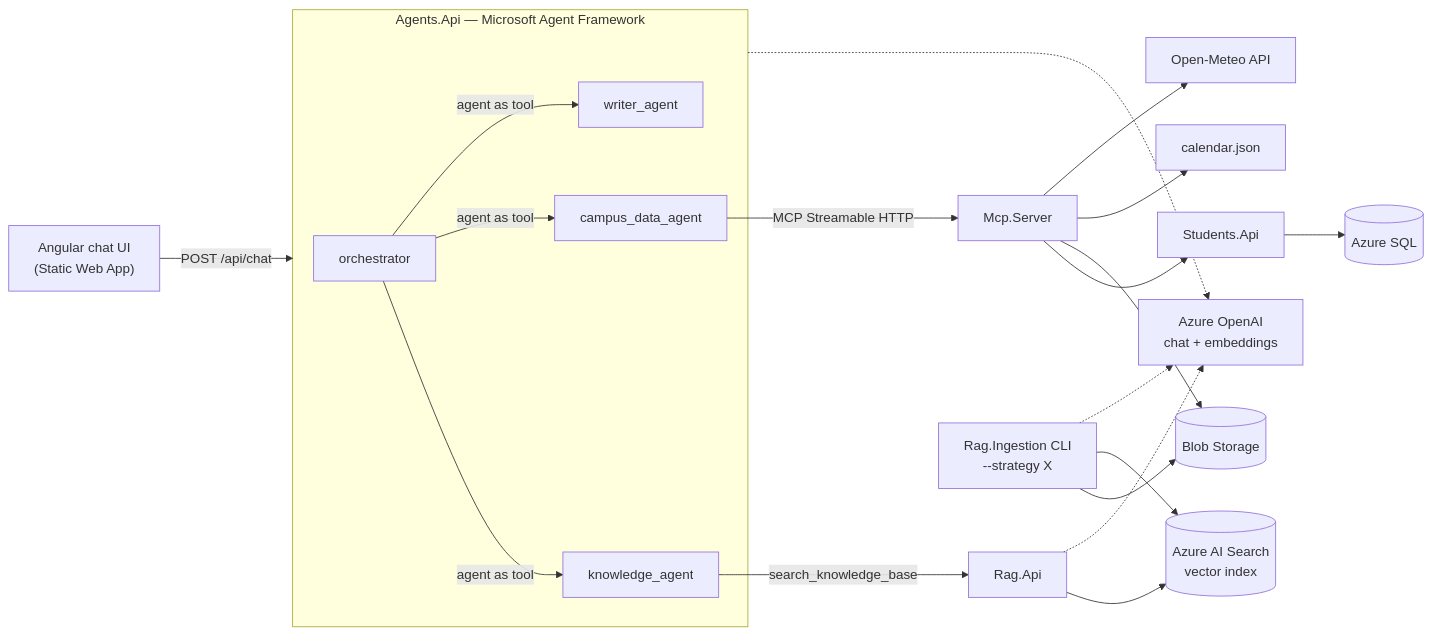
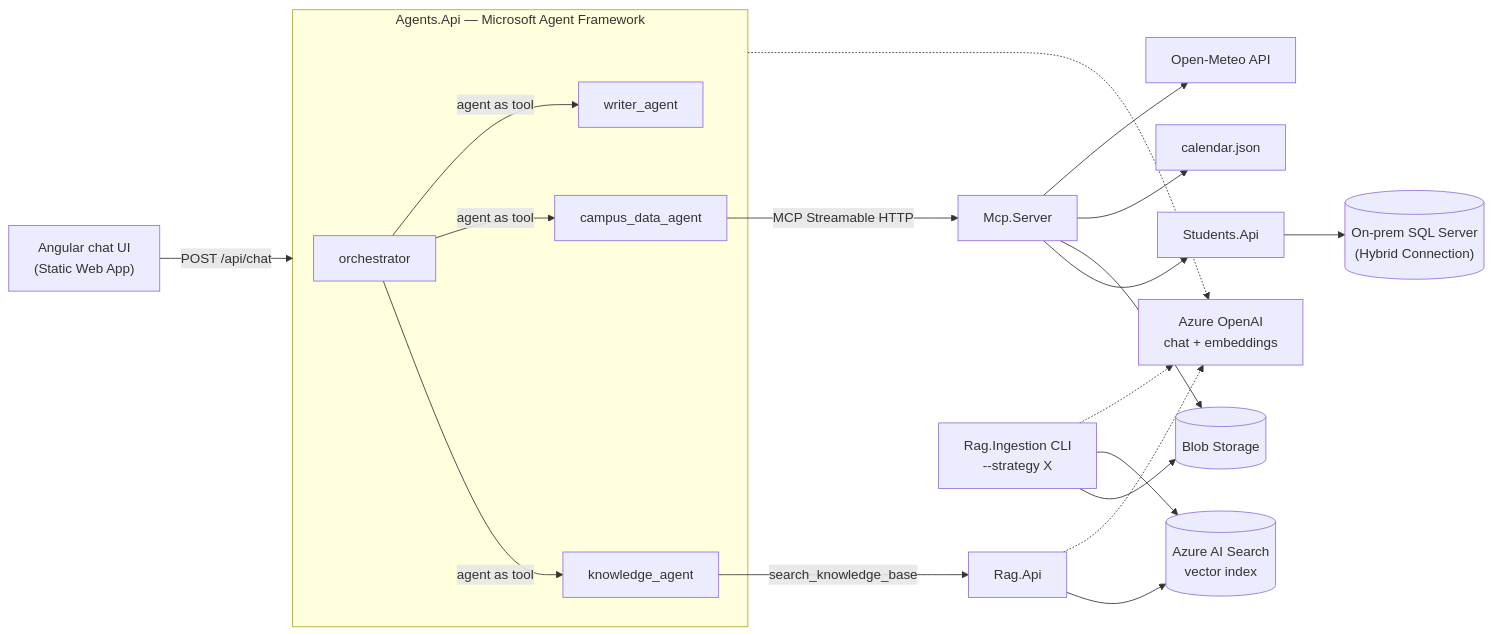
Before and after one commit to RishiTechLLC/RAG-1: the diagram in README.md, drawn with Mermaid. The commit also changed other lines of this file and 6 other files, not shown here.

First line of the commit message:
Deploy with on-prem SQL Server via App Service Hybrid Connection

````diff
--- a/README.md
+++ b/README.md
@@ -14,22 +14,22 @@
 ```mermaid
 flowchart LR
     UI["Angular chat UI<br/>(Static Web App)"] -->|POST /api/chat| AG
 
     subgraph AG["Agents.Api — Microsoft Agent Framework"]
         O[orchestrator] -->|agent as tool| K[knowledge_agent]
         O -->|agent as tool| C[campus_data_agent]
         O -->|agent as tool| W[writer_agent]
     end
 
     K -->|search_knowledge_base| RAG["Rag.Api"]
     RAG --> AIS[("Azure AI Search<br/>vector index")]
     C -->|MCP Streamable HTTP| MCP["Mcp.Server"]
-    MCP --> STU["Students.Api"] --> SQL[("Azure SQL")]
+    MCP --> STU["Students.Api"] --> SQL[("On-prem SQL Server<br/>(Hybrid Connection)")]
     MCP --> BLOB[("Blob Storage")]
     MCP --> CAL["calendar.json"]
     MCP --> WX["Open-Meteo API"]
 
     ING["Rag.Ingestion CLI<br/>--strategy X"] --> BLOB
     ING --> AIS
     AG & RAG & ING -.-> AOAI["Azure OpenAI<br/>chat + embeddings"]
 ```
````
